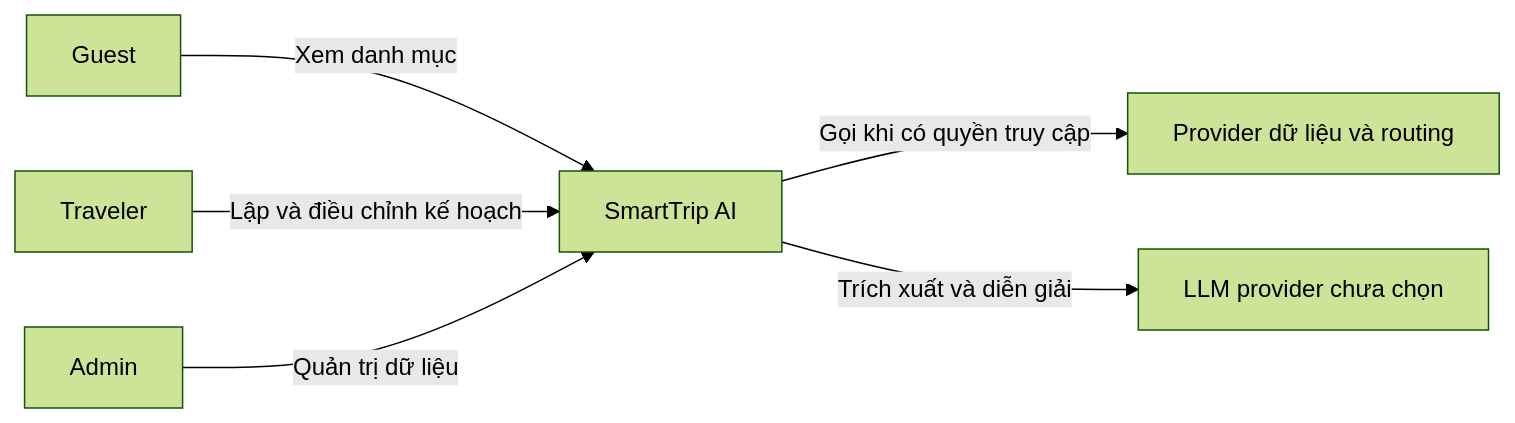
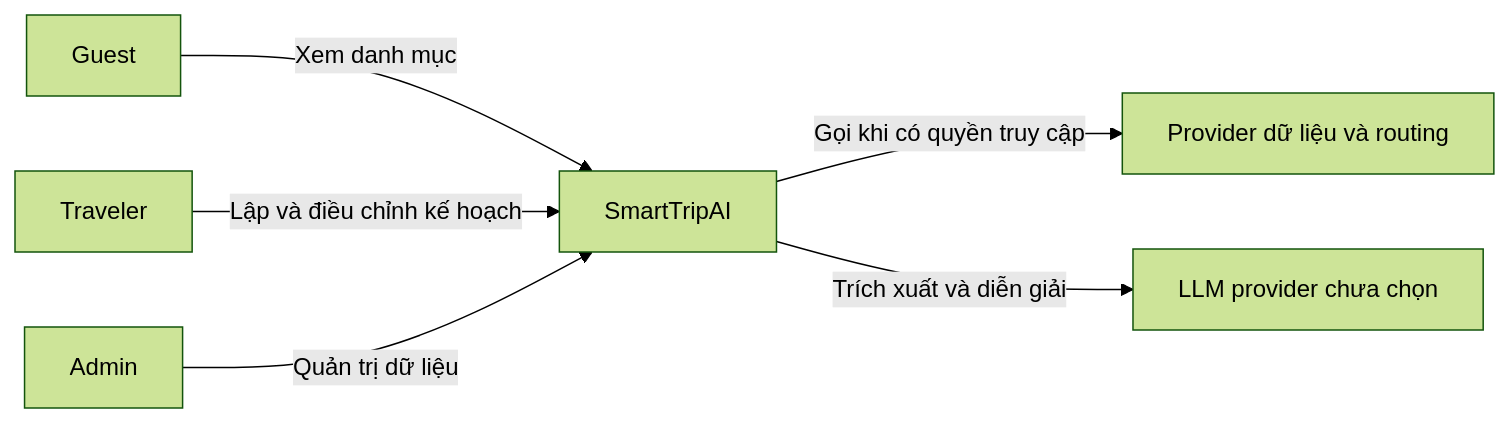
Before and after one commit to younglonelyboiz/SmartTrip-AI: the third of 6 diagrams in README.md, drawn with Mermaid (forest theme). The commit also changed other lines of this file and 36 other files, not shown here.

````diff
--- a/README.md
+++ b/README.md
@@ -182,8 +191,8 @@
 ```mermaid
 flowchart LR
- G[Guest] -->|Xem danh mục| S[SmartTrip AI]
+ G[Guest] -->|Xem danh mục| S[SmartTripAI]
  T[Traveler] -->|Lập và điều chỉnh kế hoạch| S
  A[Admin] -->|Quản trị dữ liệu| S
  S -->|Gọi khi có quyền truy cập| M[Provider dữ liệu và routing]
  S -->|Trích xuất và diễn giải| L[LLM provider chưa chọn]
 ```
````
